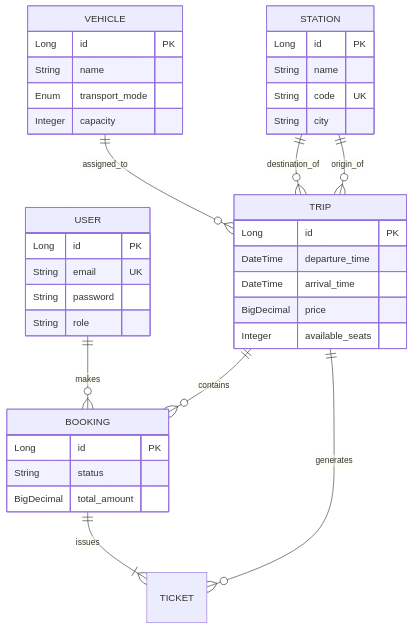
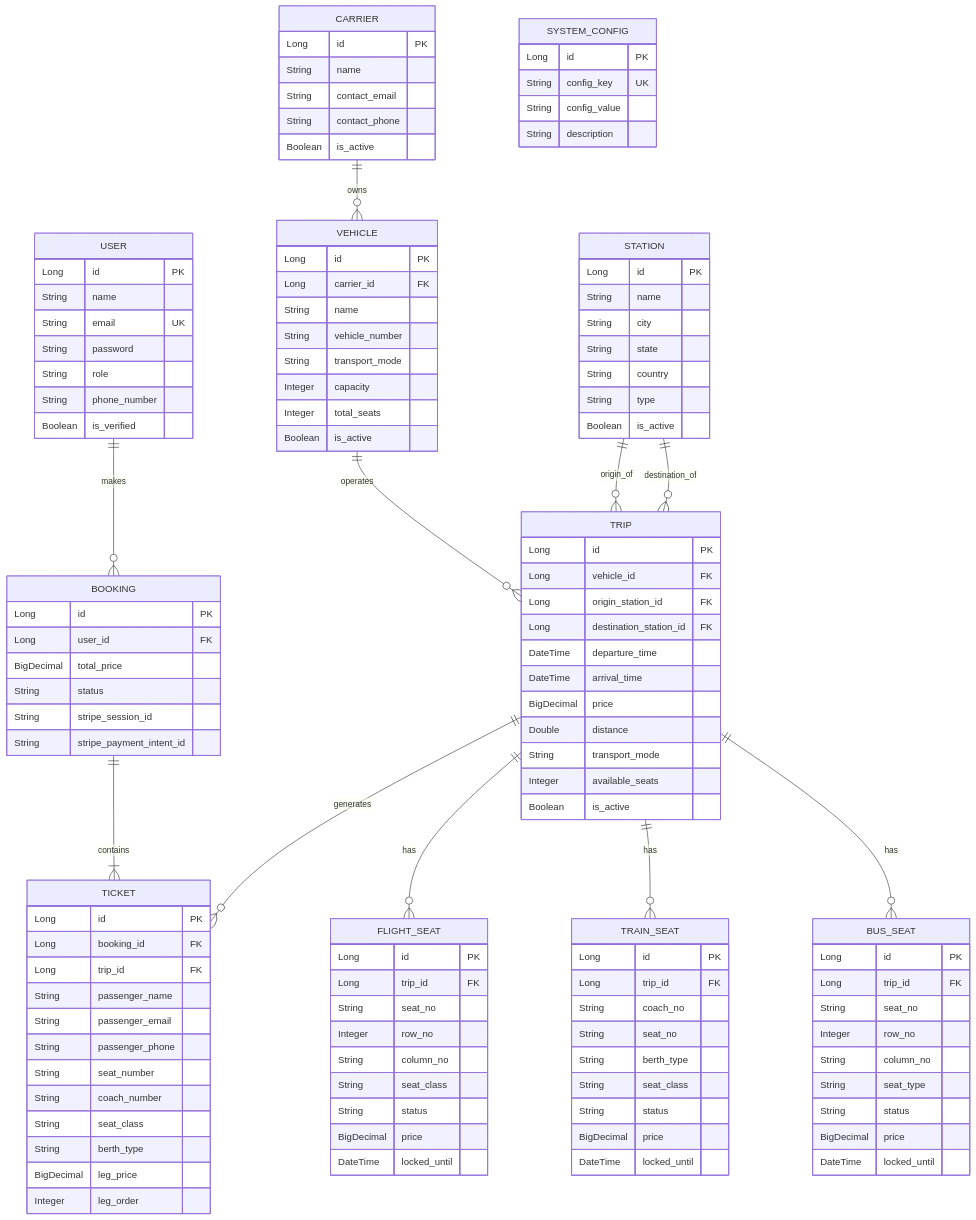
The first of 2 diagrams in README.md (Nitantjain21022006/Tripline_Frontend), drawn with Mermaid before and after one commit. The commit also changed 3 other files, not shown here.

````diff
--- a/README.md
+++ b/README.md
@@ -29,38 +29,120 @@
     USER ||--o{ BOOKING : makes
     USER {
         Long id PK
+        String name
         String email UK
         String password
         String role
+        String phone_number
+        Boolean is_verified
+    }
+    BOOKING ||--|{ TICKET : contains
+    BOOKING {
+        Long id PK
+        Long user_id FK
+        BigDecimal total_price
+        String status
+        String stripe_session_id
+        String stripe_payment_intent_id
+    }
+    TRIP ||--o{ TICKET : generates
+    TICKET {
+        Long id PK
+        Long booking_id FK
+        Long trip_id FK
+        String passenger_name
+        String passenger_email
+        String passenger_phone
+        String seat_number
+        String coach_number
+        String seat_class
+        String berth_type
+        BigDecimal leg_price
+        Integer leg_order
+    }
+    CARRIER ||--o{ VEHICLE : owns
+    CARRIER {
+        Long id PK
+        String name
+        String contact_email
+        String contact_phone
+        Boolean is_active
+    }
+    VEHICLE ||--o{ TRIP : operates
+    VEHICLE {
+        Long id PK
+        Long carrier_id FK
+        String name
+        String vehicle_number
+        String transport_mode
+        Integer capacity
+        Integer total_seats
+        Boolean is_active
     }
     STATION ||--o{ TRIP : origin_of
     STATION ||--o{ TRIP : destination_of
     STATION {
         Long id PK
         String name
-        String code UK
         String city
+        String state
+        String country
+        String type
+        Boolean is_active
     }
-    VEHICLE ||--o{ TRIP : assigned_to
-    VEHICLE {
-        Long id PK
-        String name
-        Enum transport_mode
-        Integer capacity
-    }
-    TRIP ||--o{ TICKET : generates
-    TRIP ||--o{ BOOKING : contains
     TRIP {
         Long id PK
+        Long vehicle_id FK
+        Long origin_station_id FK
+        Long destination_station_id FK
         DateTime departure_time
         DateTime arrival_time
         BigDecimal price
+        Double distance
+        String transport_mode
         Integer available_seats
+        Boolean is_active
     }
-    BOOKING ||--|{ TICKET : issues
-    BOOKING {
+    TRIP ||--o{ FLIGHT_SEAT : has
+    FLIGHT_SEAT {
         Long id PK
+        Long trip_id FK
+        String seat_no
+        Integer row_no
+        String column_no
+        String seat_class
         String status
-        BigDecimal total_amount
+        BigDecimal price
+        DateTime locked_until
+    }
+    TRIP ||--o{ TRAIN_SEAT : has
+    TRAIN_SEAT {
+        Long id PK
+        Long trip_id FK
+        String coach_no
+        String seat_no
+        String berth_type
+        String seat_class
+        String status
+        BigDecimal price
+        DateTime locked_until
+    }
+    TRIP ||--o{ BUS_SEAT : has
+    BUS_SEAT {
+        Long id PK
+        Long trip_id FK
+        String seat_no
+        Integer row_no
+        String column_no
+        String seat_type
+        String status
+        BigDecimal price
+        DateTime locked_until
+    }
+    SYSTEM_CONFIG {
+        Long id PK
+        String config_key UK
+        String config_value
+        String description
     }
 ```
````
